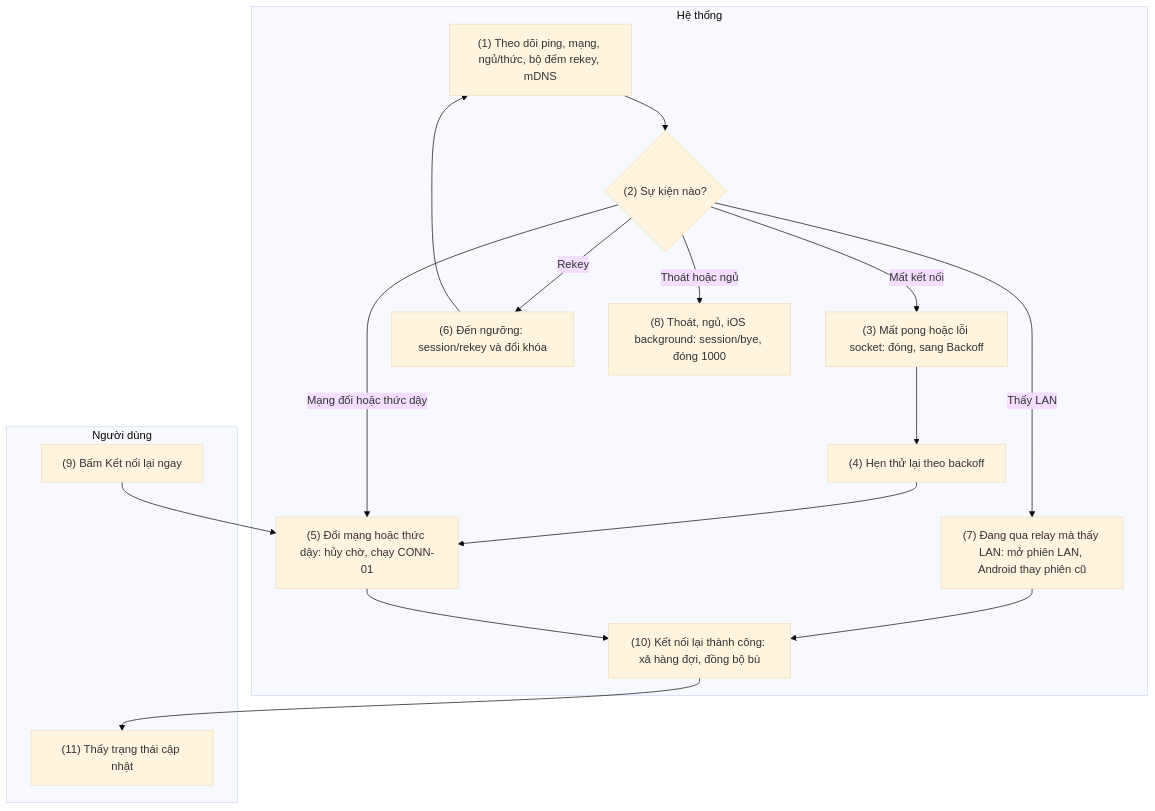
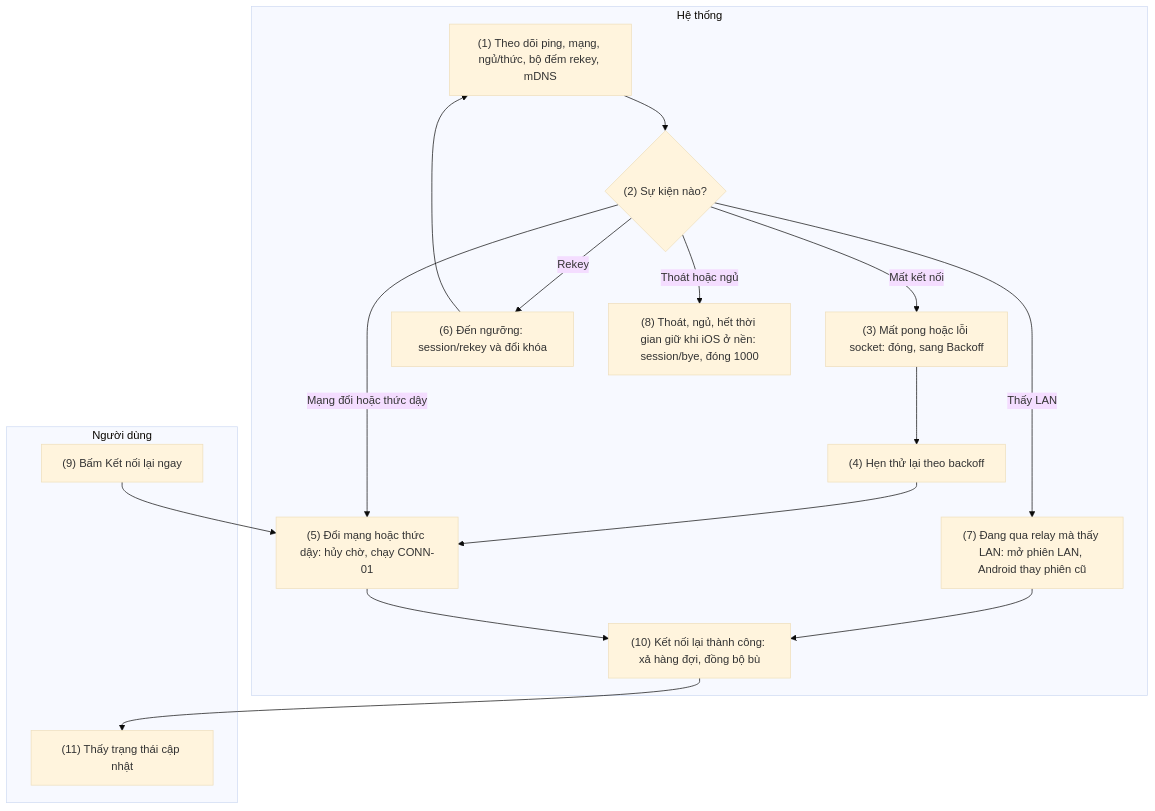
The second of 4 diagrams in docs/detailed-design/03-connectivity.vi.md (HandLive/handlive), drawn with Mermaid (base theme) before and after one commit. The commit also changed other lines of this file and 5 other files, not shown here.

First line of the commit message:
docs(design): keep the iOS session through a short background grace

````diff
--- a/docs/detailed-design/03-connectivity.vi.md
+++ b/docs/detailed-design/03-connectivity.vi.md
@@ -307,26 +307,26 @@
 ```mermaid
 flowchart TB
   subgraph ND["Người dùng"]
     U9["(9) Bấm Kết nối lại ngay"]
     U11["(11) Thấy trạng thái cập nhật"]
   end
   subgraph HT["Hệ thống"]
     S1["(1) Theo dõi ping, mạng, ngủ/thức, bộ đếm rekey, mDNS"]
     D2{"(2) Sự kiện nào?"}
     S3["(3) Mất pong hoặc lỗi socket: đóng, sang Backoff"]
     S4["(4) Hẹn thử lại theo backoff"]
     S5["(5) Đổi mạng hoặc thức dậy: hủy chờ, chạy CONN-01"]
     S6["(6) Đến ngưỡng: session/rekey và đổi khóa"]
     S7["(7) Đang qua relay mà thấy LAN: mở phiên LAN, Android thay phiên cũ"]
-    S8["(8) Thoát, ngủ, iOS background: session/bye, đóng 1000"]
+    S8["(8) Thoát, ngủ, hết thời gian giữ khi iOS ở nền: session/bye, đóng 1000"]
     S10["(10) Kết nối lại thành công: xả hàng đợi, đồng bộ bù"]
   end
   S1 --> D2
   D2 -- "Mất kết nối" --> S3 --> S4 --> S5
   D2 -- "Mạng đổi hoặc thức dậy" --> S5
   D2 -- "Rekey" --> S6 --> S1
   D2 -- "Thấy LAN" --> S7 --> S10
   D2 -- "Thoát hoặc ngủ" --> S8
   U9 --> S5
   S5 --> S10 --> U11
 ```
````
